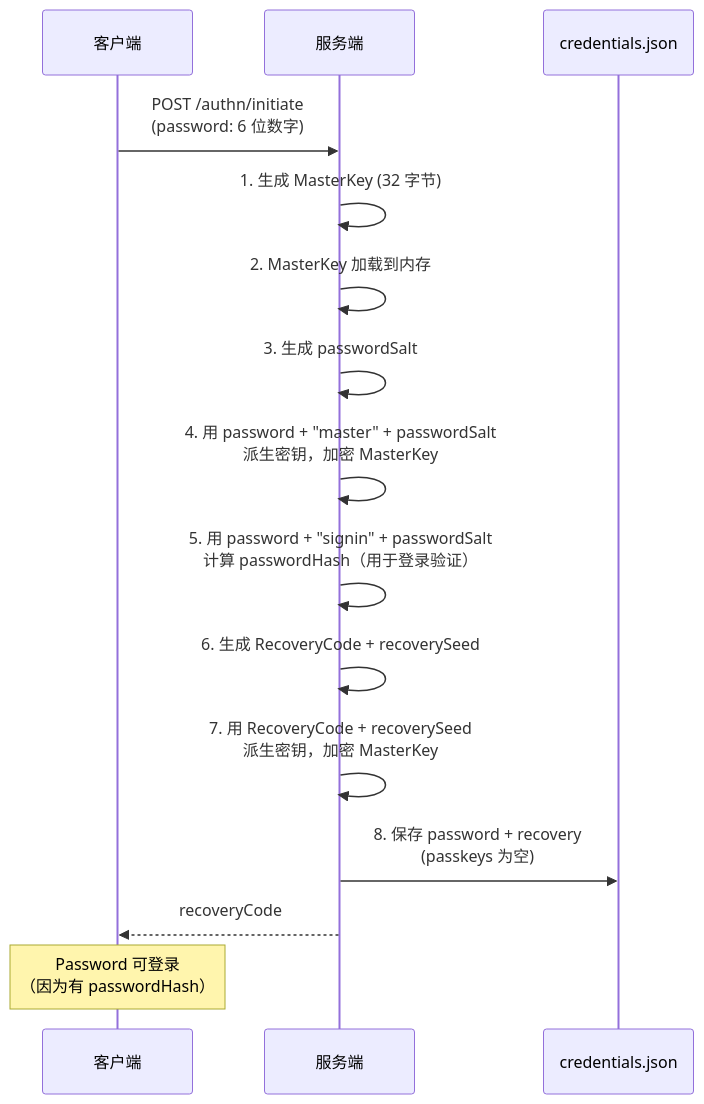
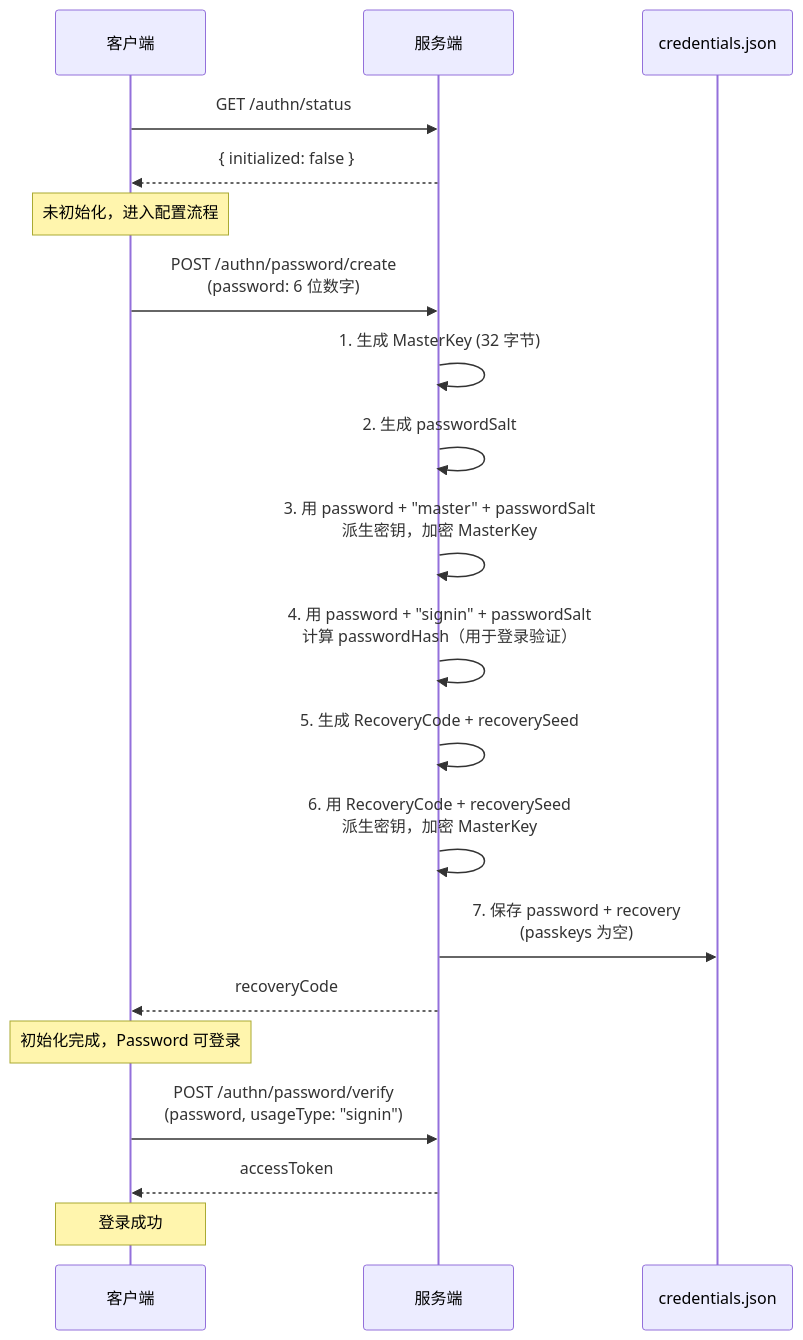
The third of 10 diagrams in docs/apispecs/authn.md (sartrey/keyroll), drawn with Mermaid before and after one commit. The commit also changed other lines of this file and 13 other files, not shown here.

Commit message:
feat/ai: support authn by password with web ui

````diff
--- a/docs/apispecs/authn.md
+++ b/docs/apispecs/authn.md
@@ -63,18 +63,23 @@
 ```mermaid
 sequenceDiagram
     participant Client as 客户端
     participant Server as 服务端
     participant DB as credentials.json
 
-    Client->>Server: POST /authn/initiate<br/>(password: 6 位数字)
+    Client->>Server: GET /authn/status
+    Server-->>Client: { initialized: false }
+    Note over Client: 未初始化，进入配置流程
+    Client->>Server: POST /authn/password/create<br/>(password: 6 位数字)
     Server->>Server: 1. 生成 MasterKey (32 字节)
-    Server->>Server: 2. MasterKey 加载到内存
-    Server->>Server: 3. 生成 passwordSalt
-    Server->>Server: 4. 用 password + "master" + passwordSalt<br/>派生密钥，加密 MasterKey
-    Server->>Server: 5. 用 password + "signin" + passwordSalt<br/>计算 passwordHash（用于登录验证）
-    Server->>Server: 6. 生成 RecoveryCode + recoverySeed
-    Server->>Server: 7. 用 RecoveryCode + recoverySeed<br/>派生密钥，加密 MasterKey
-    Server->>DB: 8. 保存 password + recovery<br/>(passkeys 为空)
+    Server->>Server: 2. 生成 passwordSalt
+    Server->>Server: 3. 用 password + "master" + passwordSalt<br/>派生密钥，加密 MasterKey
+    Server->>Server: 4. 用 password + "signin" + passwordSalt<br/>计算 passwordHash（用于登录验证）
+    Server->>Server: 5. 生成 RecoveryCode + recoverySeed
+    Server->>Server: 6. 用 RecoveryCode + recoverySeed<br/>派生密钥，加密 MasterKey
+    Server->>DB: 7. 保存 password + recovery<br/>(passkeys 为空)
     Server-->>Client: recoveryCode
-    Note over Client: Password 可登录<br/>（因为有 passwordHash）
+    Note over Client: 初始化完成，Password 可登录
+    Client->>Server: POST /authn/password/verify<br/>(password, usageType: "signin")
+    Server-->>Client: accessToken
+    Note over Client: 登录成功
 ```
````
